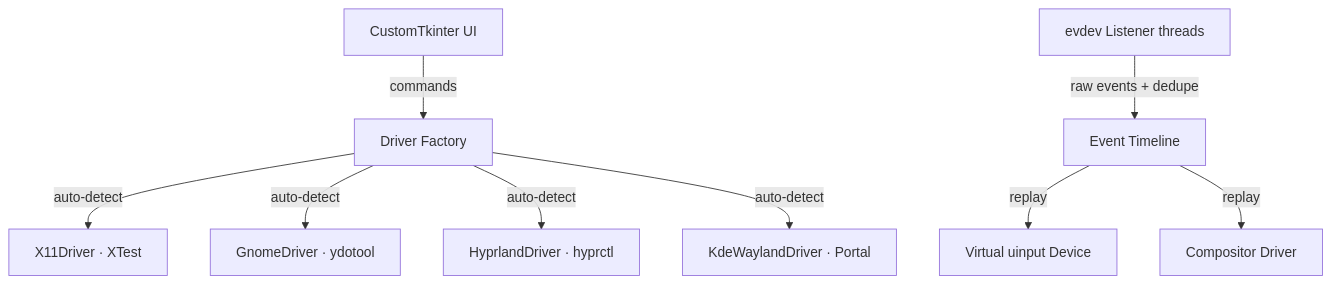
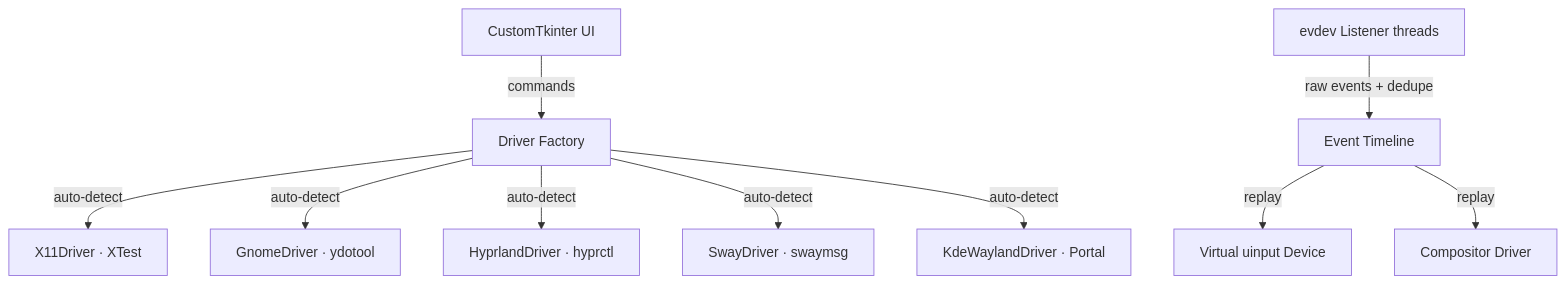
The diagram in README.md (JADRT22/LinuxTask), drawn with Mermaid before and after one commit. The commit also changed other lines of this file and 9 other files, not shown here.

````diff
--- a/README.md
+++ b/README.md
@@ -105,12 +113,13 @@
 ```mermaid
 graph TD
     UI[CustomTkinter UI] -->|commands| Factory[Driver Factory]
     Factory -->|auto-detect| X11[X11Driver · XTest]
     Factory -->|auto-detect| Gnome[GnomeDriver · ydotool]
     Factory -->|auto-detect| Hypr[HyprlandDriver · hyprctl]
+    Factory -->|auto-detect| Sway[SwayDriver · swaymsg]
     Factory -->|auto-detect| Kde[KdeWaylandDriver · Portal]
 
     Listener[evdev Listener threads] -->|raw events + dedupe| Queue[Event Timeline]
     Queue -->|replay| UInput[Virtual uinput Device]
     Queue -->|replay| Driver[Compositor Driver]
 ```
````
